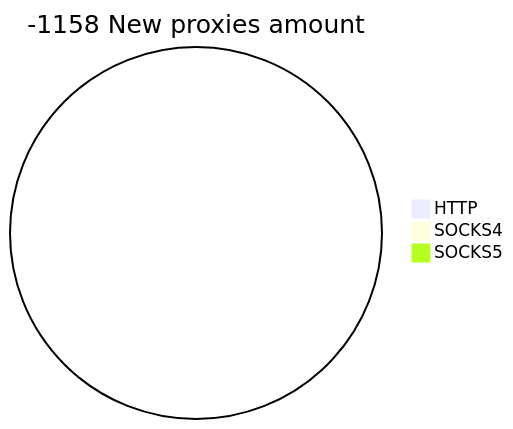
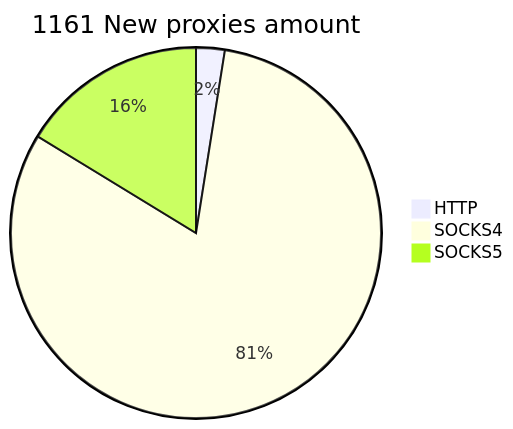
The second of 2 diagrams in README.md (cutipu/proxylist), drawn with Mermaid before and after one commit. The commit also changed other lines of this file, not shown here.

````diff
--- a/README.md
+++ b/README.md
@@ -10,6 +10,6 @@
 ```mermaid
-pie title -1158 New proxies amount
-    "HTTP" : 0
-    "SOCKS4" : 0
-    "SOCKS5" : 0
+pie title 1161 New proxies amount
+    "HTTP" : 29
+    "SOCKS4" : 943
+    "SOCKS5" : 189
 ```
````
